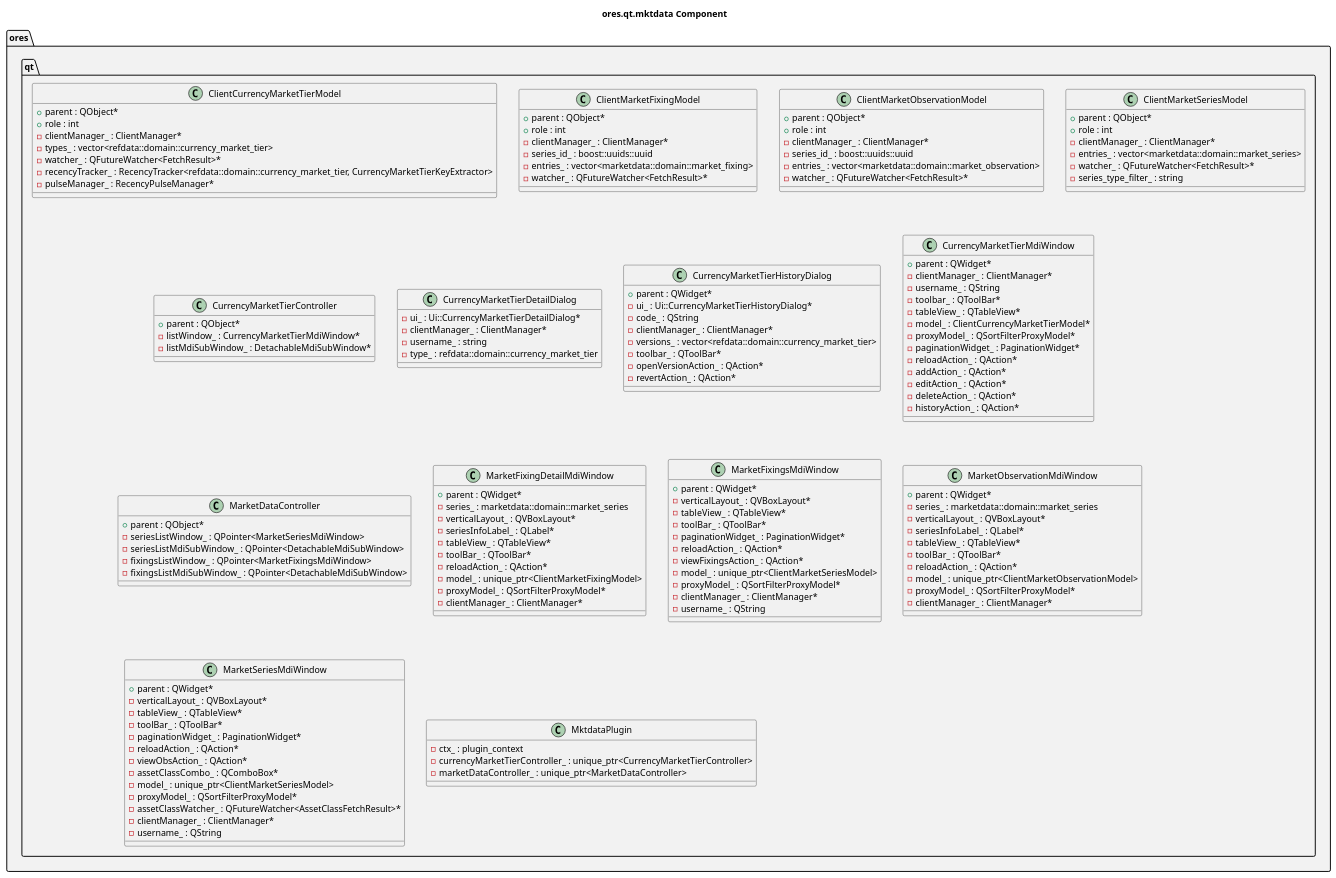
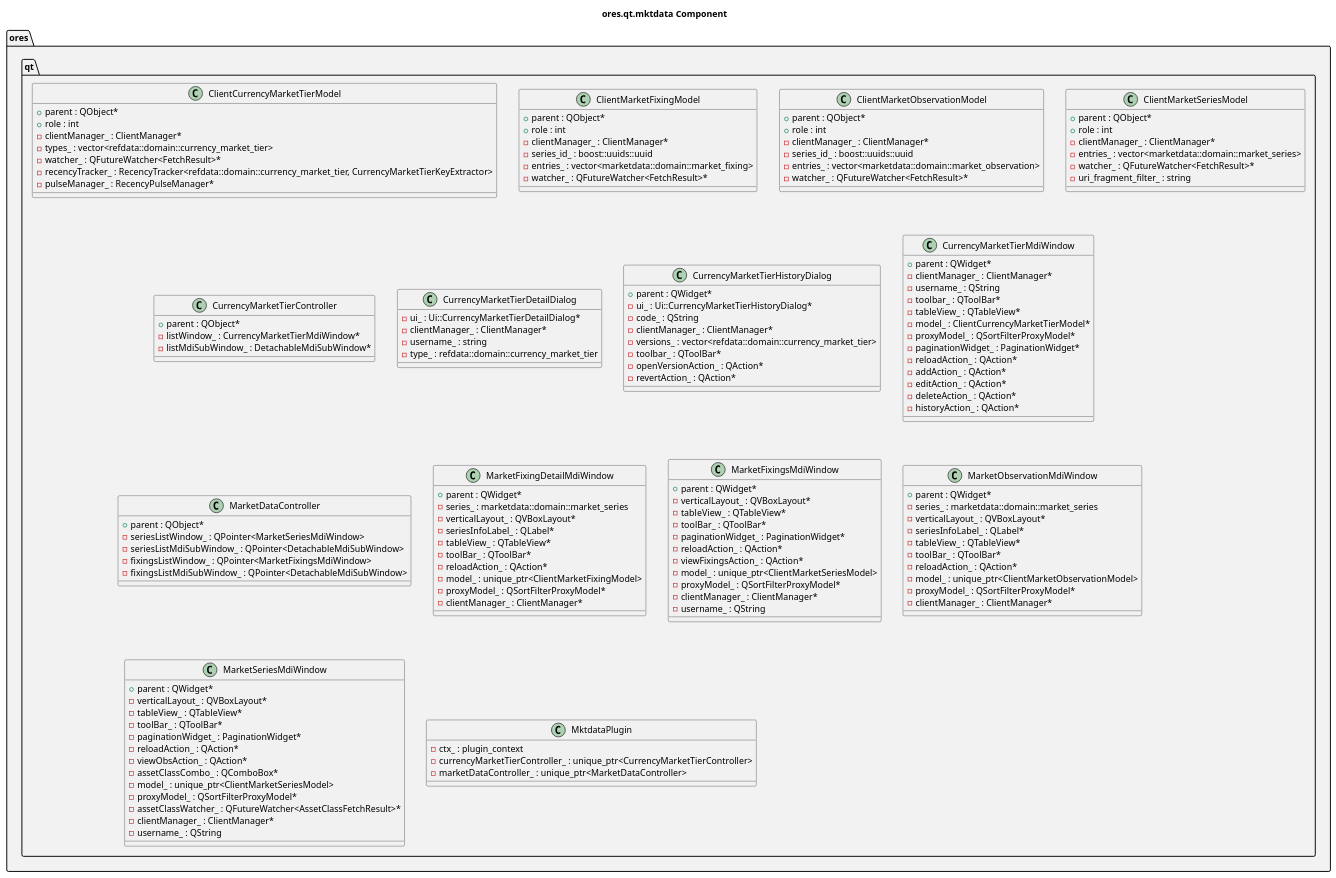
Before and after one commit to OreStudio/OreStudio: the diagram in projects/ores.qt/mktdata/modeling/ores.qt.mktdata.puml, drawn with PlantUML. The commit also changed 37 other files, not shown here.

```diff
--- a/projects/ores.qt/mktdata/modeling/ores.qt.mktdata.puml
+++ b/projects/ores.qt/mktdata/modeling/ores.qt.mktdata.puml
@@ -18,150 +18,150 @@
 @startuml
 
 title ores.qt.mktdata Component
 
 set namespaceSeparator ::
 
 namespace ores #F2F2F2 {
     namespace qt #F2F2F2 {
         class ClientCurrencyMarketTierModel {
             +parent : QObject*
             +role : int
             -clientManager_ : ClientManager*
             -types_ : vector<refdata::domain::currency_market_tier>
             -watcher_ : QFutureWatcher<FetchResult>*
             -recencyTracker_ : RecencyTracker<refdata::domain::currency_market_tier, CurrencyMarketTierKeyExtractor>
             -pulseManager_ : RecencyPulseManager*
         }
         class ClientMarketFixingModel {
             +parent : QObject*
             +role : int
             -clientManager_ : ClientManager*
             -series_id_ : boost::uuids::uuid
             -entries_ : vector<marketdata::domain::market_fixing>
             -watcher_ : QFutureWatcher<FetchResult>*
         }
         class ClientMarketObservationModel {
             +parent : QObject*
             +role : int
             -clientManager_ : ClientManager*
             -series_id_ : boost::uuids::uuid
             -entries_ : vector<marketdata::domain::market_observation>
             -watcher_ : QFutureWatcher<FetchResult>*
         }
         class ClientMarketSeriesModel {
             +parent : QObject*
             +role : int
             -clientManager_ : ClientManager*
             -entries_ : vector<marketdata::domain::market_series>
             -watcher_ : QFutureWatcher<FetchResult>*
-            -series_type_filter_ : string
+            -uri_fragment_filter_ : string
         }
         class CurrencyMarketTierController {
             +parent : QObject*
             -listWindow_ : CurrencyMarketTierMdiWindow*
             -listMdiSubWindow_ : DetachableMdiSubWindow*
         }
         class CurrencyMarketTierDetailDialog {
             -ui_ : Ui::CurrencyMarketTierDetailDialog*
             -clientManager_ : ClientManager*
             -username_ : string
             -type_ : refdata::domain::currency_market_tier
         }
         class CurrencyMarketTierHistoryDialog {
             +parent : QWidget*
             -ui_ : Ui::CurrencyMarketTierHistoryDialog*
             -code_ : QString
             -clientManager_ : ClientManager*
             -versions_ : vector<refdata::domain::currency_market_tier>
             -toolbar_ : QToolBar*
             -openVersionAction_ : QAction*
             -revertAction_ : QAction*
         }
         class CurrencyMarketTierMdiWindow {
             +parent : QWidget*
             -clientManager_ : ClientManager*
             -username_ : QString
             -toolbar_ : QToolBar*
             -tableView_ : QTableView*
             -model_ : ClientCurrencyMarketTierModel*
             -proxyModel_ : QSortFilterProxyModel*
             -paginationWidget_ : PaginationWidget*
             -reloadAction_ : QAction*
             -addAction_ : QAction*
             -editAction_ : QAction*
             -deleteAction_ : QAction*
             -historyAction_ : QAction*
         }
         class MarketDataController {
             +parent : QObject*
             -seriesListWindow_ : QPointer<MarketSeriesMdiWindow>
             -seriesListMdiSubWindow_ : QPointer<DetachableMdiSubWindow>
             -fixingsListWindow_ : QPointer<MarketFixingsMdiWindow>
             -fixingsListMdiSubWindow_ : QPointer<DetachableMdiSubWindow>
         }
         class MarketFixingDetailMdiWindow {
             +parent : QWidget*
             -series_ : marketdata::domain::market_series
             -verticalLayout_ : QVBoxLayout*
             -seriesInfoLabel_ : QLabel*
             -tableView_ : QTableView*
             -toolBar_ : QToolBar*
             -reloadAction_ : QAction*
             -model_ : unique_ptr<ClientMarketFixingModel>
             -proxyModel_ : QSortFilterProxyModel*
             -clientManager_ : ClientManager*
         }
         class MarketFixingsMdiWindow {
             +parent : QWidget*
             -verticalLayout_ : QVBoxLayout*
             -tableView_ : QTableView*
             -toolBar_ : QToolBar*
             -paginationWidget_ : PaginationWidget*
             -reloadAction_ : QAction*
             -viewFixingsAction_ : QAction*
             -model_ : unique_ptr<ClientMarketSeriesModel>
             -proxyModel_ : QSortFilterProxyModel*
             -clientManager_ : ClientManager*
             -username_ : QString
         }
         class MarketObservationMdiWindow {
             +parent : QWidget*
             -series_ : marketdata::domain::market_series
             -verticalLayout_ : QVBoxLayout*
             -seriesInfoLabel_ : QLabel*
             -tableView_ : QTableView*
             -toolBar_ : QToolBar*
             -reloadAction_ : QAction*
             -model_ : unique_ptr<ClientMarketObservationModel>
             -proxyModel_ : QSortFilterProxyModel*
             -clientManager_ : ClientManager*
         }
         class MarketSeriesMdiWindow {
             +parent : QWidget*
             -verticalLayout_ : QVBoxLayout*
             -tableView_ : QTableView*
             -toolBar_ : QToolBar*
             -paginationWidget_ : PaginationWidget*
             -reloadAction_ : QAction*
             -viewObsAction_ : QAction*
             -assetClassCombo_ : QComboBox*
             -model_ : unique_ptr<ClientMarketSeriesModel>
             -proxyModel_ : QSortFilterProxyModel*
             -assetClassWatcher_ : QFutureWatcher<AssetClassFetchResult>*
             -clientManager_ : ClientManager*
             -username_ : QString
         }
         class MktdataPlugin {
             -ctx_ : plugin_context
             -currencyMarketTierController_ : unique_ptr<CurrencyMarketTierController>
             -marketDataController_ : unique_ptr<MarketDataController>
         }
     }
 }
 
 ' --- manual: everything below this line is hand-authored; the script preserves it ---
 
 ' Local Variables:
 ' compile-command: "java -Djava.awt.headless=true -DPLANTUML_SECURITY_PROFILE=UNSECURE -DPLANTUML_LIMIT_SIZE=65535 -jar /usr/share/plantuml/plantuml.jar ores.qt.mktdata.puml"
 ' End:
 @enduml
```
